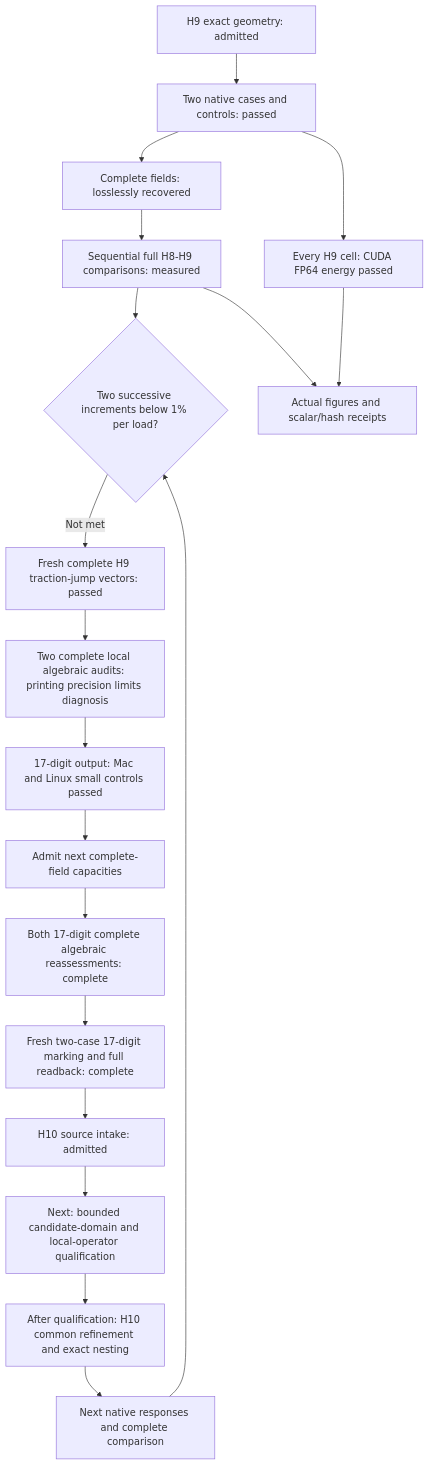
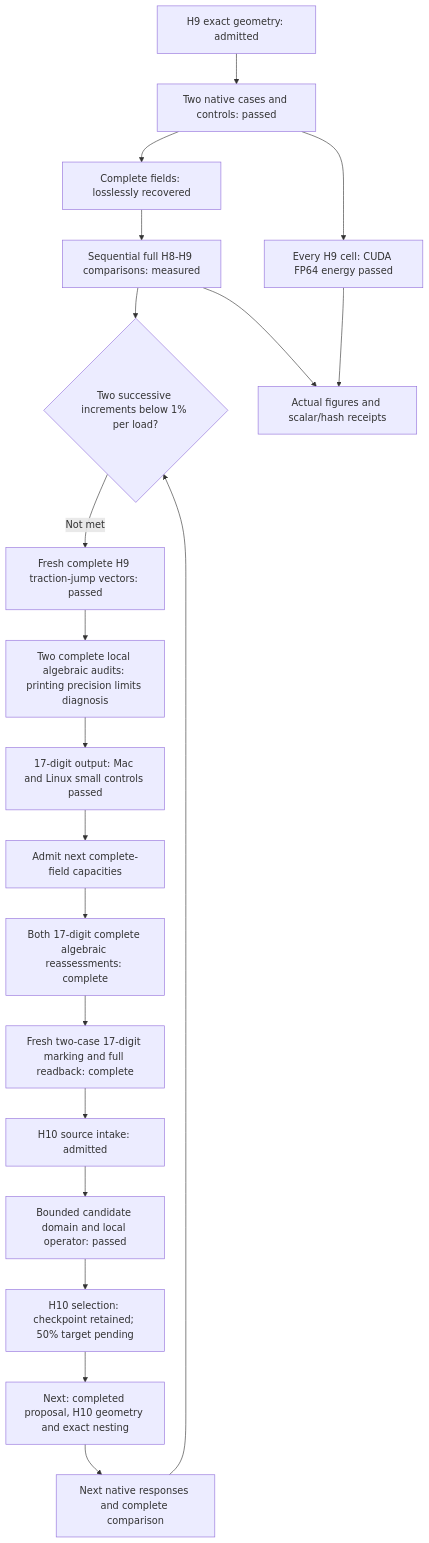
One commit to cluster2600/porscheparts changed the diagram in docs/reports/carrier-h9-native-results-20261107.md. Above: the diagram before and after it, drawn with Mermaid. The commit also changed other lines of this file and 8 other files, not shown here.

````diff
--- a/docs/reports/carrier-h9-native-results-20261107.md
+++ b/docs/reports/carrier-h9-native-results-20261107.md
@@ -488,21 +520,22 @@
 ```mermaid
 flowchart TD
     G["H9 exact geometry: admitted"] --> N["Two native cases and controls: passed"]
     N --> R["Complete fields: losslessly recovered"]
     N --> GPU["Every H9 cell: CUDA FP64 energy passed"]
     R --> C["Sequential full H8-H9 comparisons: measured"]
     C --> S{"Two successive increments below 1% per load?"}
     S -->|"Not met"| M["Fresh complete H9 traction-jump vectors: passed"]
     M --> LOCAL["Two complete local algebraic audits: printing precision limits diagnosis"]
     LOCAL --> PRECISION["17-digit output: Mac and Linux small controls passed"]
     PRECISION --> CAP["Admit next complete-field capacities"]
     CAP --> REPLAY["Both 17-digit complete algebraic reassessments: complete"]
     REPLAY --> MARK["Fresh two-case 17-digit marking and full readback: complete"]
     MARK --> INTAKE["H10 source intake: admitted"]
-    INTAKE --> QUAL["Next: bounded candidate-domain and local-operator qualification"]
-    QUAL --> V["After qualification: H10 common refinement and exact nesting"]
+    INTAKE --> QUAL["Bounded candidate domain and local operator: passed"]
+    QUAL --> SELECT["H10 selection: checkpoint retained; 50% target pending"]
+    SELECT --> V["Next: completed proposal, H10 geometry and exact nesting"]
     V --> NEXT["Next native responses and complete comparison"]
     NEXT --> S
     C --> FIG["Actual figures and scalar/hash receipts"]
     GPU --> FIG
 ```
````
